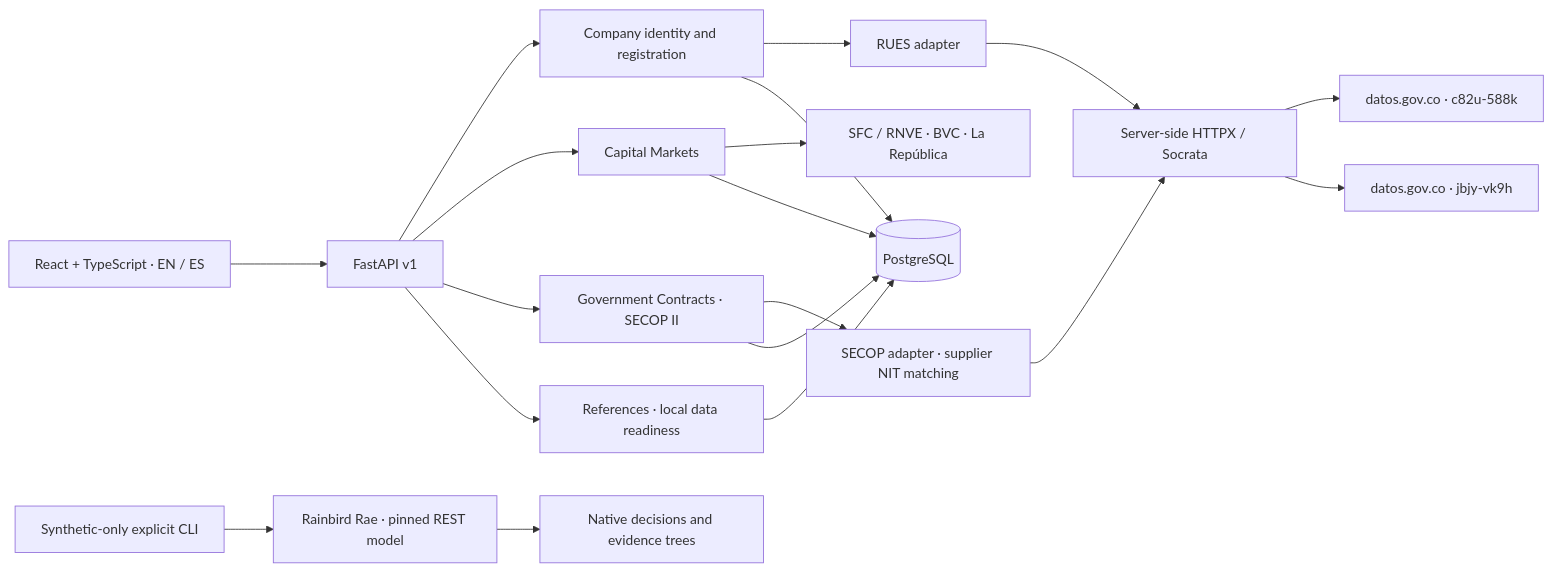
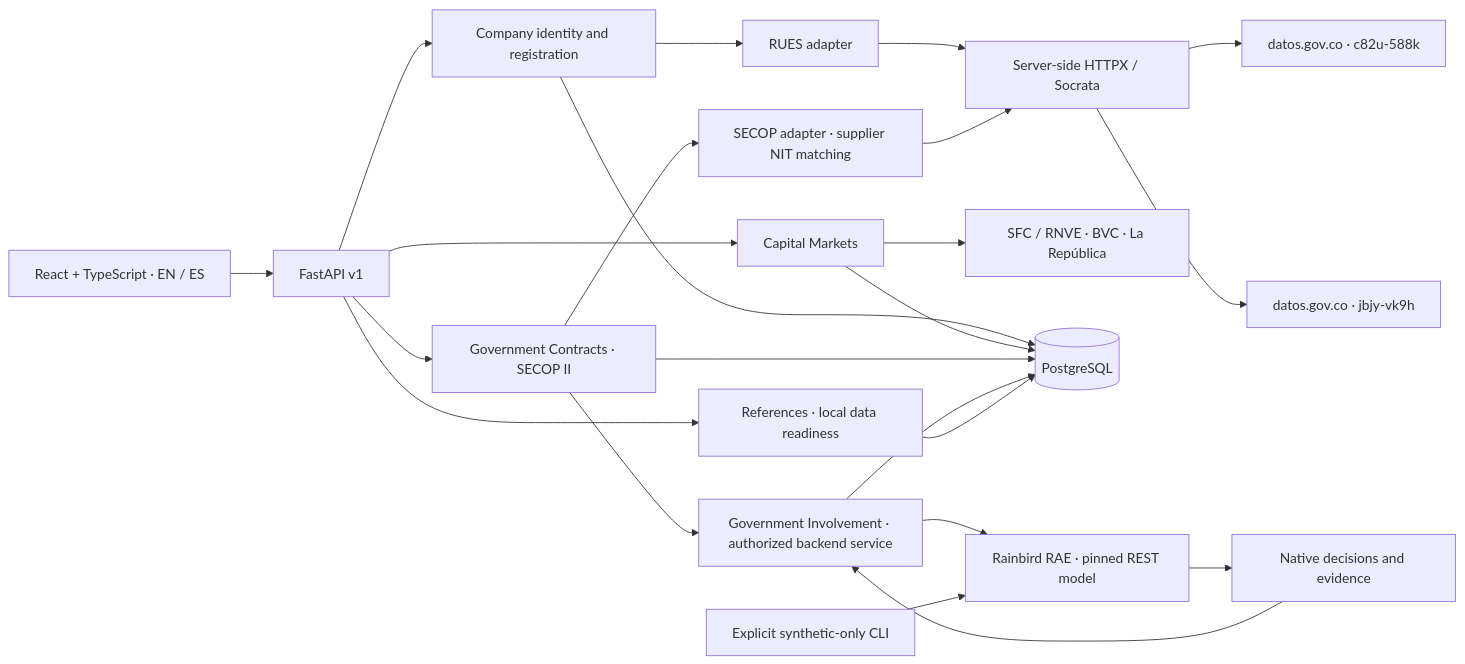
The diagram in README.md (molartep/colombia-company-intelligence), drawn with Mermaid before and after one commit. The commit also changed other lines of this file and 76 other files, not shown here.

Commit message:
Enable authorized RAE reasoning and refine government involvement UI

````diff
--- a/README.md
+++ b/README.md
@@ -53,21 +110,25 @@
 ```mermaid
 flowchart LR
     Browser[React + TypeScript · EN / ES] --> API[FastAPI v1]
     API --> Identity[Company identity and registration]
     API --> Markets[Capital Markets]
     API --> Contracts[Government Contracts · SECOP II]
     API --> References[References · local data readiness]
     Identity --> RUESAdapter[RUES adapter]
     Contracts --> SECOPAdapter[SECOP adapter · supplier NIT matching]
     RUESAdapter --> Client[Server-side HTTPX / Socrata]
     SECOPAdapter --> Client
     Client --> RUES[datos.gov.co · c82u-588k]
     Client --> SECOP[datos.gov.co · jbjy-vk9h]
     Markets --> MarketSources[SFC / RNVE · BVC · La República]
     Identity --> DB[(PostgreSQL)]
     Markets --> DB
     Contracts --> DB
-    Synthetic[Synthetic-only explicit CLI] --> Rae[Rainbird Rae · pinned REST model]
-    Rae --> Native[Native decisions and evidence trees]
+    Contracts --> Involvement[Government Involvement · authorized backend service]
+    Involvement --> DB
+    Involvement --> Rae[Rainbird RAE · pinned REST model]
+    Synthetic[Explicit synthetic-only CLI] --> Rae
+    Rae --> Native[Native decisions and evidence]
+    Native --> Involvement
     References --> DB
 ```
````
